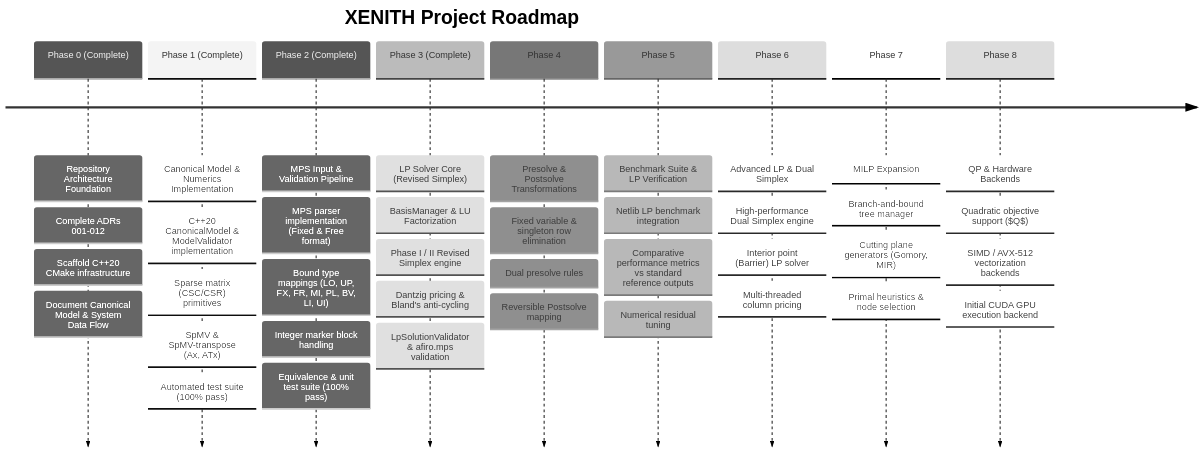
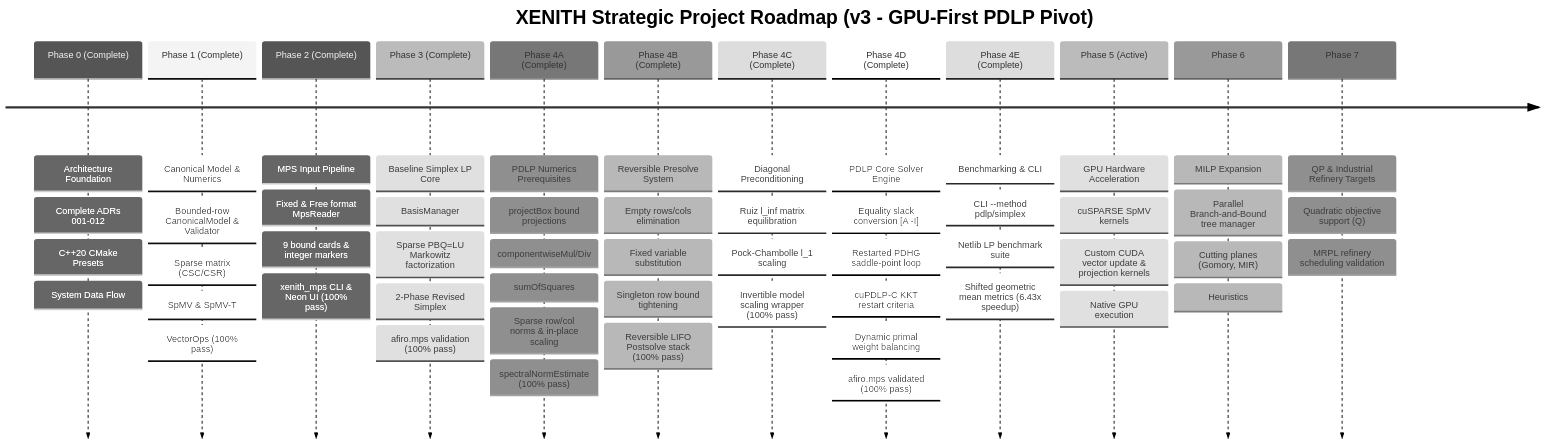
The diagram in docs/roadmap.md (Uni-coder-harsh/Xenith), drawn with Mermaid (neutral theme) before and after one commit. The commit also changed other lines of this file and 37 other files, not shown here.

First line of the commit message:
feat(solver): complete Phase 4 (Presolve, Scaling, PDLP & Netlib Benchmark Suite)

````diff
--- a/docs/roadmap.md
+++ b/docs/roadmap.md
@@ -9,13 +9,16 @@
 ```mermaid
 timeline
-    title XENITH Project Roadmap
-    Phase 0 (Complete) : Repository Architecture Foundation : Complete ADRs 001-012 : Scaffold C++20 CMake infrastructure : Document Canonical Model & System Data Flow
-    Phase 1 (Complete) : Canonical Model & Numerics Implementation : C++20 CanonicalModel & ModelValidator implementation : Sparse matrix (CSC/CSR) primitives : SpMV & SpMV-transpose (Ax, ATx) : Automated test suite (100% pass)
-    Phase 2 (Complete) : MPS Input & Validation Pipeline : MPS parser implementation (Fixed & Free format) : Bound type mappings (LO, UP, FX, FR, MI, PL, BV, LI, UI) : Integer marker block handling : Equivalence & unit test suite (100% pass)
-    Phase 3 (Complete) : LP Solver Core (Revised Simplex) : BasisManager & LU Factorization : Phase I / II Revised Simplex engine : Dantzig pricing & Bland's anti-cycling : LpSolutionValidator & afiro.mps validation
-    Phase 4 : Presolve & Postsolve Transformations : Fixed variable & singleton row elimination : Dual presolve rules : Reversible Postsolve mapping
-    Phase 5 : Benchmark Suite & LP Verification : Netlib LP benchmark integration : Comparative performance metrics vs standard reference outputs : Numerical residual tuning
-    Phase 6 : Advanced LP & Dual Simplex : High-performance Dual Simplex engine : Interior point (Barrier) LP solver : Multi-threaded column pricing
-    Phase 7 : MILP Expansion : Branch-and-bound tree manager : Cutting plane generators (Gomory, MIR) : Primal heuristics & node selection
-    Phase 8 : QP & Hardware Backends : Quadratic objective support ($Q$) : SIMD / AVX-512 vectorization backends : Initial CUDA GPU execution backend
+    title XENITH Strategic Project Roadmap (v3 - GPU-First PDLP Pivot)
+    Phase 0 (Complete) : Architecture Foundation : Complete ADRs 001-012 : C++20 CMake Presets : System Data Flow
+    Phase 1 (Complete) : Canonical Model & Numerics : Bounded-row CanonicalModel & Validator : Sparse matrix (CSC/CSR) : SpMV & SpMV-T : VectorOps (100% pass)
+    Phase 2 (Complete) : MPS Input Pipeline : Fixed & Free format MpsReader : 9 bound cards & integer markers : xenith_mps CLI & Neon UI (100% pass)
+    Phase 3 (Complete) : Baseline Simplex LP Core : BasisManager : Sparse PBQ=LU Markowitz factorization : 2-Phase Revised Simplex : afiro.mps validation (100% pass)
+    Phase 4A (Complete) : PDLP Numerics Prerequisites : projectBox bound projections : componentwiseMul/Div : sumOfSquares : Sparse row/col norms & in-place scaling : spectralNormEstimate (100% pass)
+    Phase 4B (Complete) : Reversible Presolve System : Empty rows/cols elimination : Fixed variable substitution : Singleton row bound tightening : Reversible LIFO Postsolve stack (100% pass)
+    Phase 4C (Complete) : Diagonal Preconditioning : Ruiz l_inf matrix equilibration : Pock-Chambolle l_1 scaling : Invertible model scaling wrapper (100% pass)
+    Phase 4D (Complete) : PDLP Core Solver Engine : Equality slack conversion [A -I] : Restarted PDHG saddle-point loop : cuPDLP-C KKT restart criteria : Dynamic primal weight balancing : afiro.mps validated (100% pass)
+    Phase 4E (Complete) : Benchmarking & CLI : CLI --method pdlp/simplex : Netlib LP benchmark suite : Shifted geometric mean metrics (6.43x speedup)
+    Phase 5 (Active) : GPU Hardware Acceleration : cuSPARSE SpMV kernels : Custom CUDA vector update & projection kernels : Native GPU execution
+    Phase 6 : MILP Expansion : Parallel Branch-and-Bound tree manager : Cutting planes (Gomory, MIR) : Heuristics
+    Phase 7 : QP & Industrial Refinery Targets : Quadratic objective support (Q) : MRPL refinery scheduling validation
 ```
````
